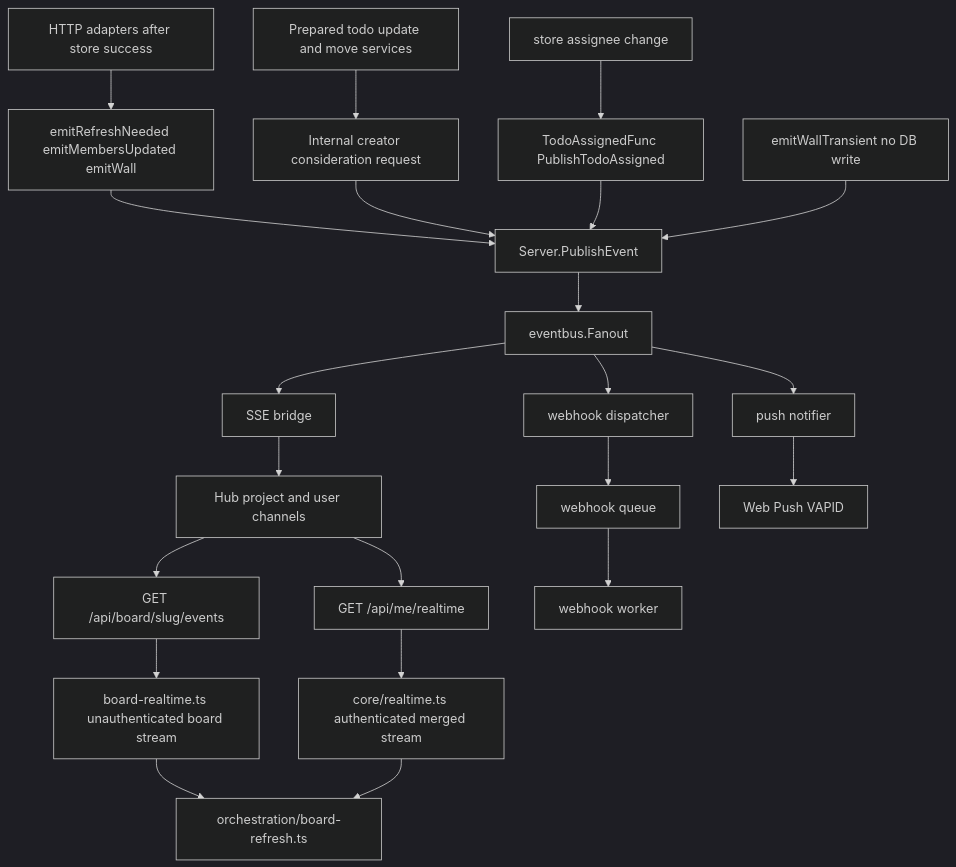
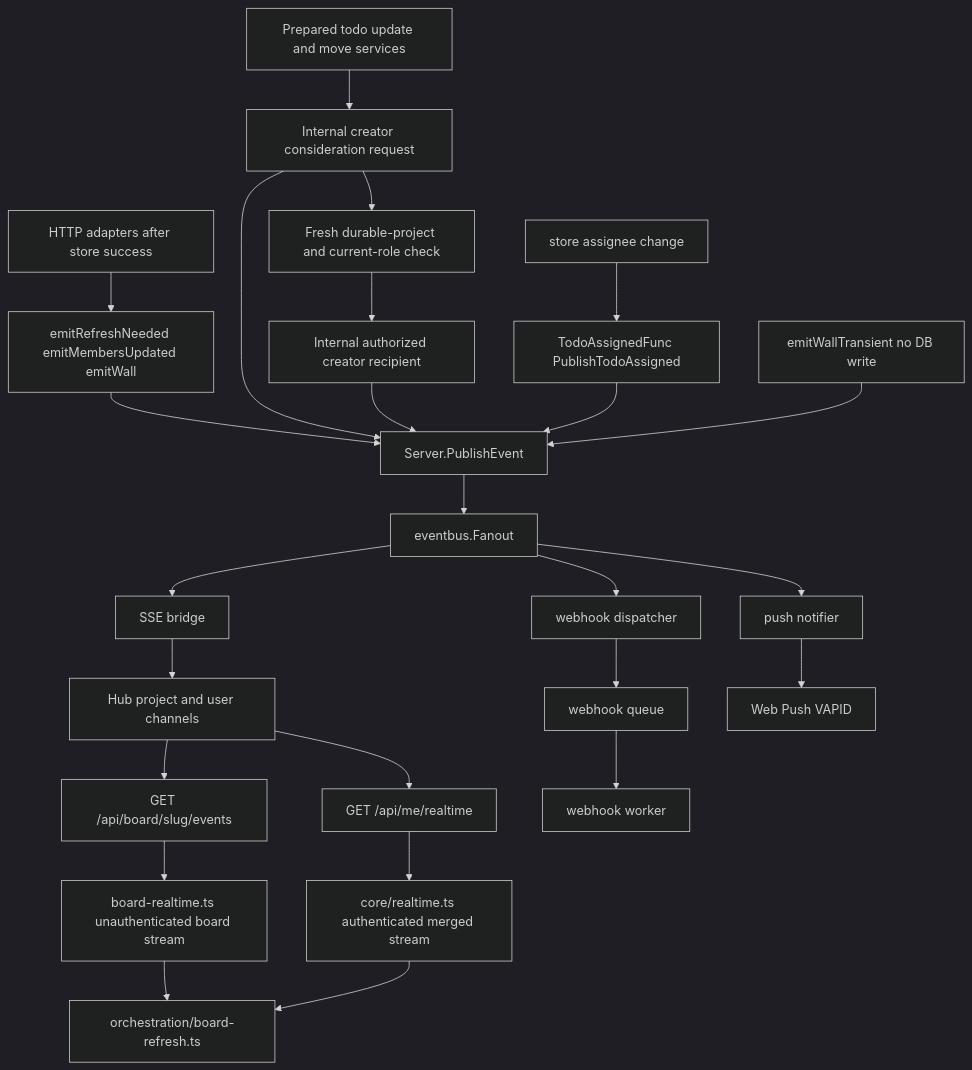
One commit to markrai/scrumboy changed the diagram in docs/diagrams/scrumboy_realtime_events.md. Above: the diagram before and after it, drawn with Mermaid (dark theme). The commit also changed other lines of this file and 10 other files, not shown here.

````diff
--- a/docs/diagrams/scrumboy_realtime_events.md
+++ b/docs/diagrams/scrumboy_realtime_events.md
@@ -7,35 +7,38 @@
 ```mermaid
 flowchart TB
   Handler[HTTP adapters after store success]
   Prepared[Prepared todo update and move services]
   CreatorRequest[Internal creator consideration request]
+  CreatorAuth[Fresh durable-project and current-role check]
+  AuthorizedCreator[Internal authorized creator recipient]
   Emit["emitRefreshNeeded emitMembersUpdated emitWall"]
   Pub[Server.PublishEvent]
   Fan[eventbus.Fanout]
 
   Handler --> Emit --> Pub --> Fan
   Prepared --> CreatorRequest --> Pub
+  CreatorRequest --> CreatorAuth --> AuthorizedCreator --> Pub
 
   AssignStore[store assignee change]
   CB["TodoAssignedFunc PublishTodoAssigned"]
   AssignStore --> CB --> Pub
 
   Transient["emitWallTransient no DB write"]
   Transient --> Pub
 
   Fan --> Bridge[SSE bridge]
   Fan --> WHDisp[webhook dispatcher]
   Fan --> PushN[push notifier]
 
   Bridge --> Hub[Hub project and user channels]
   Hub --> BoardSSE["GET /api/board/slug/events"]
   Hub --> UserSSE["GET /api/me/realtime"]
   BoardSSE --> BoardClient[board-realtime.ts unauthenticated board stream]
   UserSSE --> LoggedClient[core/realtime.ts authenticated merged stream]
   BoardClient --> Refresh[orchestration/board-refresh.ts]
   LoggedClient --> Refresh
 
   WHDisp --> Queue[webhook queue]
   Queue --> Worker[webhook worker]
   PushN --> VAPID[Web Push VAPID]
 ```
````
